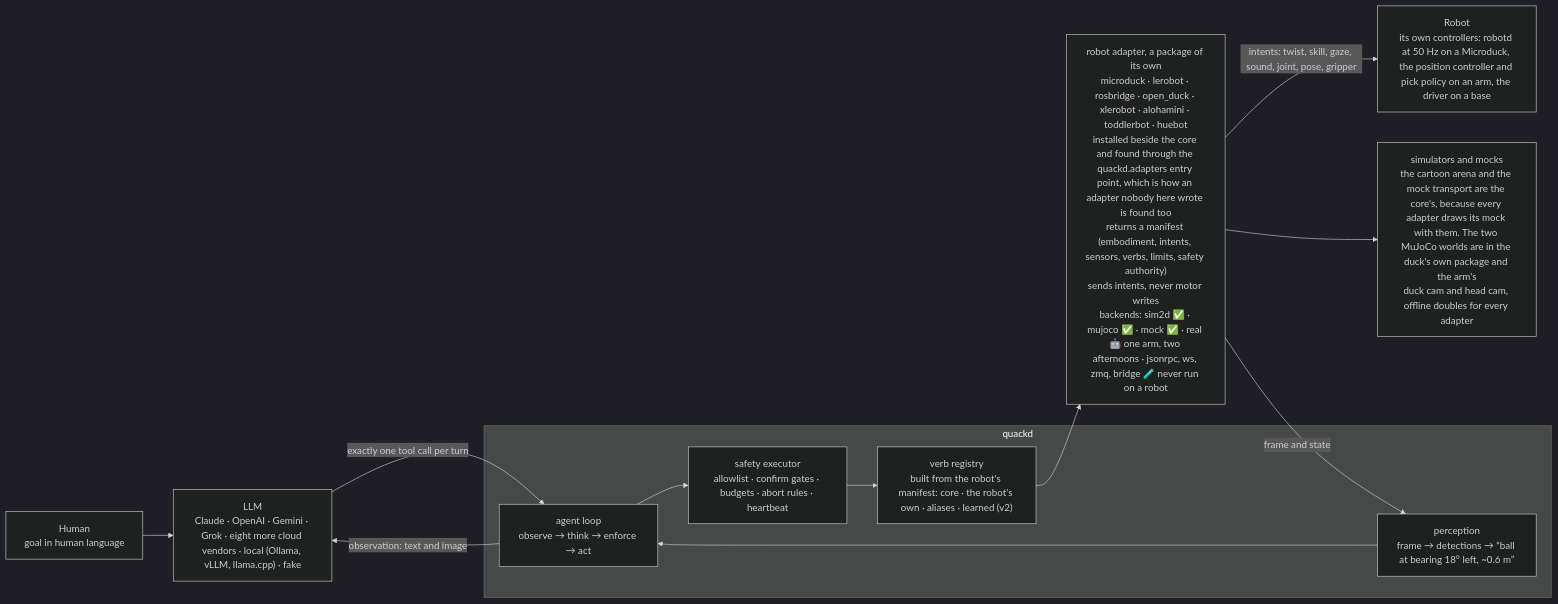
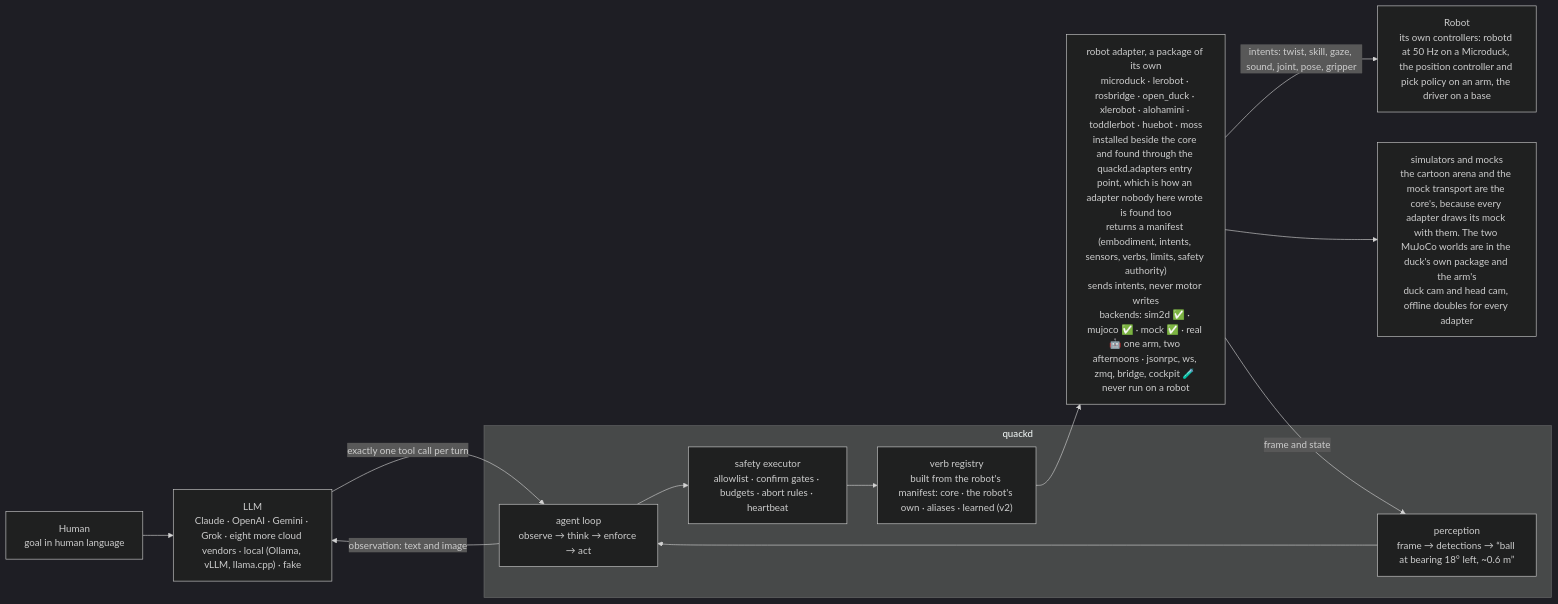
The second of 2 diagrams in README.md (rokbenko/quackd), drawn with Mermaid (dark theme) before and after one commit. The commit also changed other lines of this file and 47 other files, not shown here.

````diff
--- a/README.md
+++ b/README.md
@@ -530,21 +533,21 @@
 ```mermaid
 flowchart LR
     HUMAN["Human<br/>goal in human language"]
     LLM["LLM<br/>Claude · OpenAI · Gemini · Grok · eight more cloud vendors · local (Ollama, vLLM, llama.cpp) · fake"]
     subgraph quackd
         LOOP["agent loop<br/>observe → think → enforce → act"]
         EXEC["safety executor<br/>allowlist · confirm gates · budgets · abort rules · heartbeat"]
         VERBS["verb registry<br/>built from the robot's manifest: core · the robot's own · aliases · learned (v2)"]
         PERC["perception<br/>frame → detections → “ball at bearing 18° left, ~0.6 m”"]
     end
-    ADAPTER["robot adapter, a package of its own<br/>microduck · lerobot · rosbridge · open_duck · xlerobot · alohamini · toddlerbot · huebot<br/>installed beside the core and found through the quackd.adapters entry point, which is how an adapter nobody here wrote is found too<br/>returns a manifest (embodiment, intents, sensors, verbs, limits, safety authority)<br/>sends intents, never motor writes<br/>backends: sim2d ✅ · mujoco ✅ · mock ✅ · real 🤖 one arm, two afternoons · jsonrpc, ws, zmq, bridge 🧪 never run on a robot"]
+    ADAPTER["robot adapter, a package of its own<br/>microduck · lerobot · rosbridge · open_duck · xlerobot · alohamini · toddlerbot · huebot · moss<br/>installed beside the core and found through the quackd.adapters entry point, which is how an adapter nobody here wrote is found too<br/>returns a manifest (embodiment, intents, sensors, verbs, limits, safety authority)<br/>sends intents, never motor writes<br/>backends: sim2d ✅ · mujoco ✅ · mock ✅ · real 🤖 one arm, two afternoons · jsonrpc, ws, zmq, bridge, cockpit 🧪 never run on a robot"]
     ROBOT["Robot<br/>its own controllers: robotd at 50 Hz on a Microduck, the position controller and pick policy on an arm, the driver on a base"]
     SIM["simulators and mocks<br/>the cartoon arena and the mock transport are the core's, because every adapter draws its mock with them. The two MuJoCo worlds are in the duck's own package and the arm's<br/>duck cam and head cam, offline doubles for every adapter"]
     HUMAN --> LLM
     LLM -- "exactly one tool call per turn" --> LOOP
     LOOP --> EXEC --> VERBS --> ADAPTER
     ADAPTER -- "intents: twist, skill, gaze, sound, joint, pose, gripper" --> ROBOT
     ADAPTER --> SIM
     ADAPTER -- "frame and state" --> PERC --> LOOP
     LOOP -- "observation: text and image" --> LLM
 ```
````
